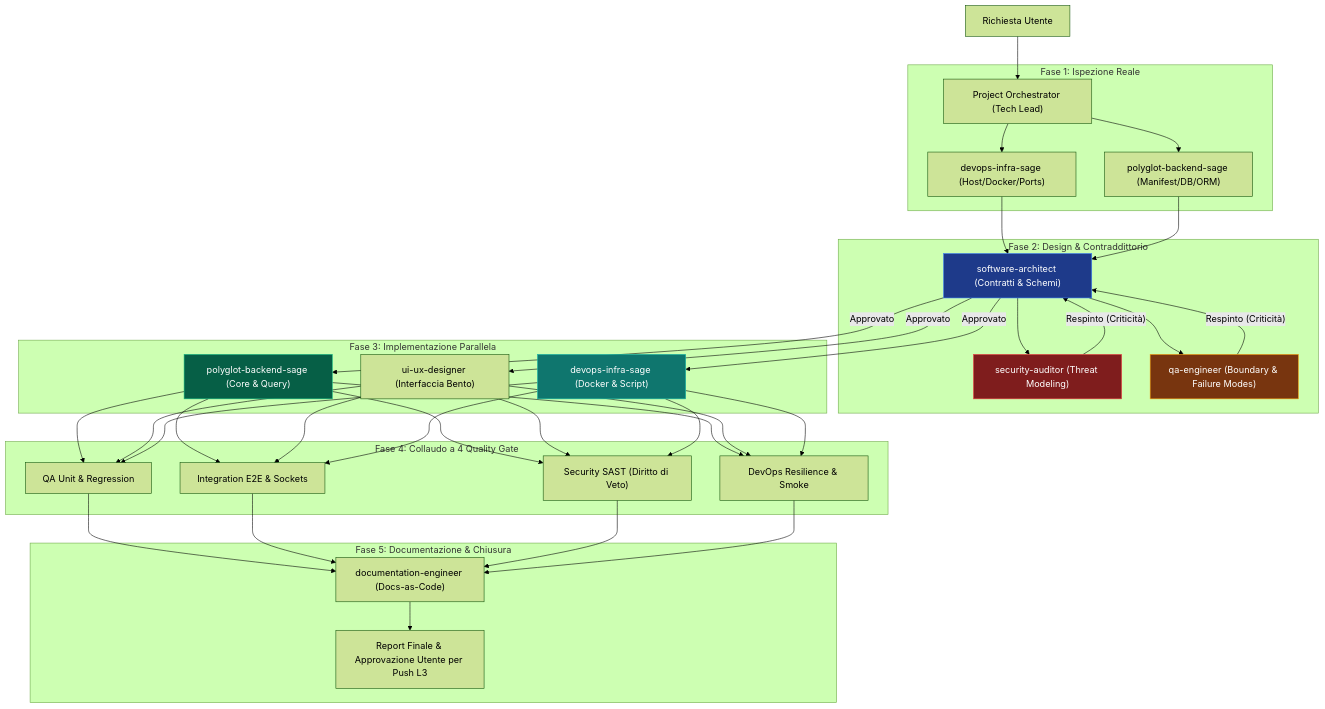
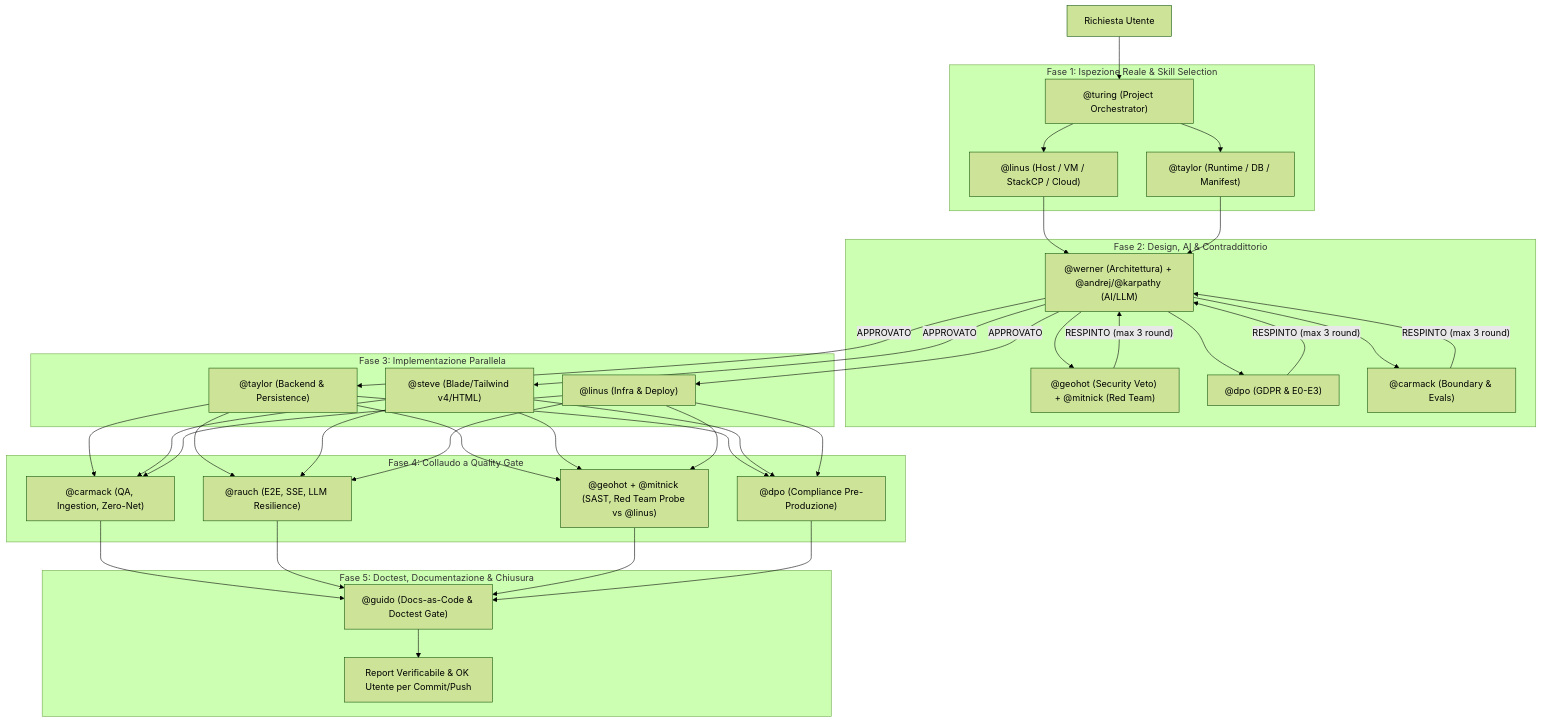
Before and after one commit to tennet/antigravity-ecosystem: the diagram in portable/engineering-team/README.md, drawn with Mermaid (forest theme). The commit also changed other lines of this file and 84 other files, not shown here.

````diff
--- a/portable/engineering-team/README.md
+++ b/portable/engineering-team/README.md
@@ -58,40 +45,35 @@
 ```mermaid
 flowchart TD
-    User["Richiesta Utente"] --> PO["Project Orchestrator (Tech Lead)"]
-    
-    subgraph F1["Fase 1: Ispezione Reale"]
-        PO --> D1["devops-infra-sage (Host/Docker/Ports)"]
-        PO --> B1["polyglot-backend-sage (Manifest/DB/ORM)"]
+    User["Richiesta Utente"] --> PO["@turing (Project Orchestrator)"]
+
+    subgraph F1["Fase 1: Ispezione Reale & Skill Selection"]
+        PO --> D1["@linus (Host / VM / StackCP / Cloud)"]
+        PO --> B1["@taylor (Runtime / DB / Manifest)"]
     end
 
-    subgraph F2["Fase 2: Design & Contraddittorio"]
-        D1 & B1 --> SA["software-architect (Contratti & Schemi)"]
-        SA --> SEC["security-auditor (Threat Modeling)"]
-        SA --> QA["qa-engineer (Boundary & Failure Modes)"]
-        SEC & QA -- "Respinto (Criticità)" --> SA
+    subgraph F2["Fase 2: Design, AI & Contraddittorio"]
+        D1 & B1 --> SA["@werner (Architettura) + @andrej/@karpathy (AI/LLM)"]
+        SA --> SEC["@geohot (Security Veto) + @mitnick (Red Team)"]
+        SA --> DPO["@dpo (GDPR & E0-E3)"]
+        SA --> QA["@carmack (Boundary & Evals)"]
+        SEC & DPO & QA -- "RESPINTO (max 3 round)" --> SA
     end
 
     subgraph F3["Fase 3: Implementazione Parallela"]
-        SA -- "Approvato" --> PBS["polyglot-backend-sage (Core & Query)"]
-        SA -- "Approvato" --> UI["ui-ux-designer (Interfaccia Bento)"]
-        SA -- "Approvato" --> DIS["devops-infra-sage (Docker & Script)"]
+        SA -- "APPROVATO" --> PBS["@taylor (Backend & Persistence)"]
+        SA -- "APPROVATO" --> UI["@steve (Blade/Tailwind v4/HTML)"]
+        SA -- "APPROVATO" --> DIS["@linus (Infra & Deploy)"]
     end
 
-    subgraph F4["Fase 4: Collaudo a 4 Quality Gate"]
-        PBS & UI & DIS --> QG1["QA Unit & Regression"]
-        PBS & UI & DIS --> QG2["Integration E2E & Sockets"]
-        PBS & UI & DIS --> QG3["Security SAST (Diritto di Veto)"]
-        PBS & UI & DIS --> QG4["DevOps Resilience & Smoke"]
+    subgraph F4["Fase 4: Collaudo a Quality Gate"]
+        PBS & UI & DIS --> QG1["@carmack (QA, Ingestion, Zero-Net)"]
+        PBS & UI & DIS --> QG2["@rauch (E2E, SSE, LLM Resilience)"]
+        PBS & UI & DIS --> QG3["@geohot + @mitnick (SAST, Red Team Probe vs @linus)"]
+        PBS & UI & DIS --> QG4["@dpo (Compliance Pre-Produzione)"]
     end
 
-    subgraph F5["Fase 5: Documentazione & Chiusura"]
-        QG1 & QG2 & QG3 & QG4 --> DOC["documentation-engineer (Docs-as-Code)"]
-        DOC --> Delivery["Report Finale & Approvazione Utente per Push L3"]
+    subgraph F5["Fase 5: Doctest, Documentazione & Chiusura"]
+        QG1 & QG2 & QG3 & QG4 --> DOC["@guido (Docs-as-Code & Doctest Gate)"]
+        DOC --> Delivery["Report Verificabile & OK Utente per Commit/Push"]
     end
-
-    style SA fill:#1e3a8a,stroke:#3b82f6,color:#fff
-    style PBS fill:#065f46,stroke:#10b981,color:#fff
-    style DIS fill:#0f766e,stroke:#14b8a6,color:#fff
-    style SEC fill:#7f1d1d,stroke:#ef4444,color:#fff
-    style QA fill:#78350f,stroke:#f59e0b,color:#fff
 ```
````
